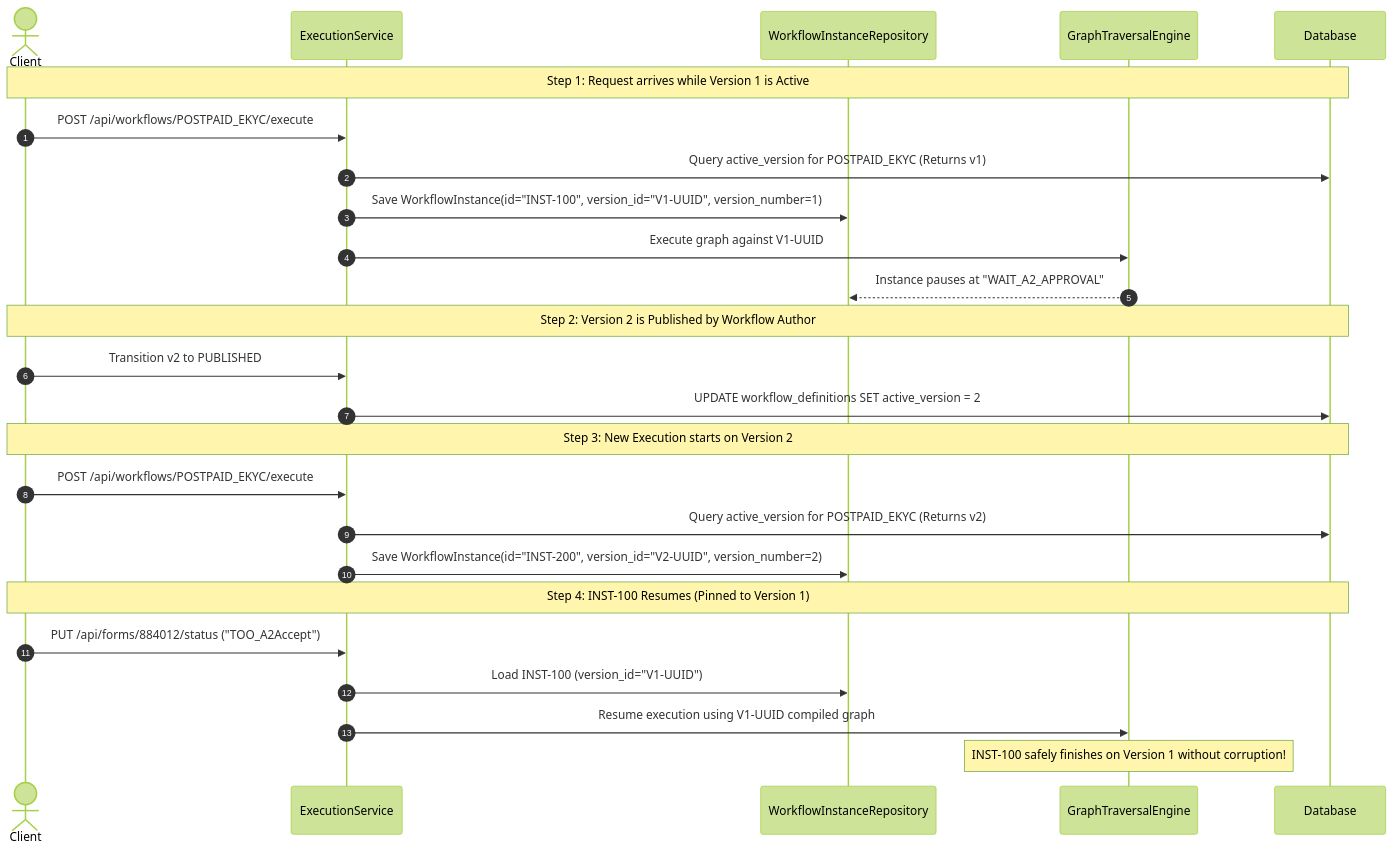
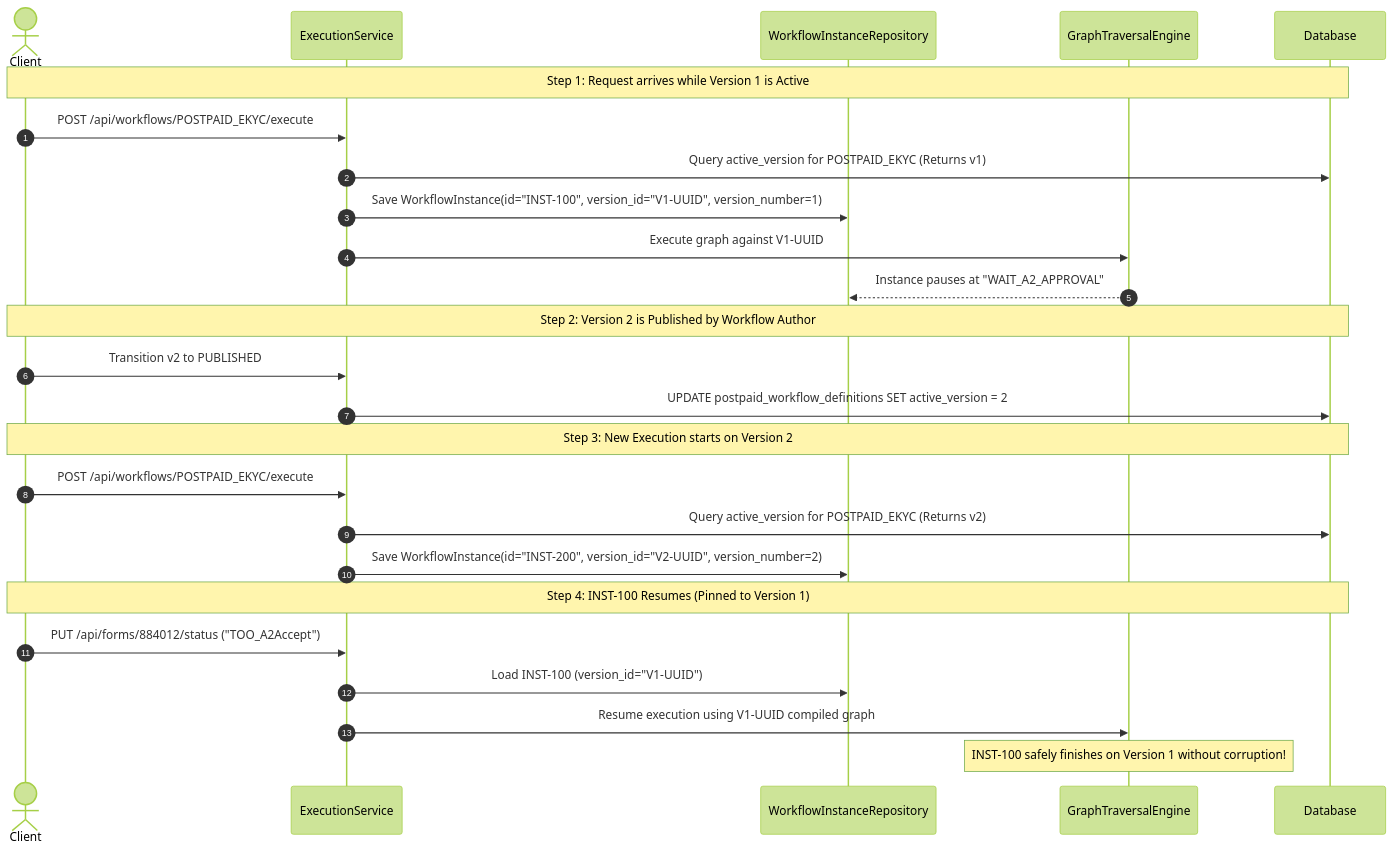
Before and after one commit to Alcatrez97/atlast_code: the fourth of 5 diagrams in workflow-version-management-guide.md, drawn with Mermaid (forest theme). The commit also changed other lines of this file and 21 other files, not shown here.

Commit message:
feat(db): rename workflow tables to postpaid_workflow_ prefix, update DDL and verification scripts

````diff
--- a/workflow-version-management-guide.md
+++ b/workflow-version-management-guide.md
@@ -148,31 +148,31 @@
 ```mermaid
 sequenceDiagram
     autonumber
     actor Client
     participant Engine as ExecutionService
     participant InstanceRepo as WorkflowInstanceRepository
     participant Traversal as GraphTraversalEngine
     participant DB as Database
 
     Note over Client, DB: Step 1: Request arrives while Version 1 is Active
     Client->>Engine: POST /api/workflows/POSTPAID_EKYC/execute
     Engine->>DB: Query active_version for POSTPAID_EKYC (Returns v1)
     Engine->>InstanceRepo: Save WorkflowInstance(id="INST-100", version_id="V1-UUID", version_number=1)
     Engine->>Traversal: Execute graph against V1-UUID
     Traversal-->>InstanceRepo: Instance pauses at "WAIT_A2_APPROVAL"
 
     Note over Client, DB: Step 2: Version 2 is Published by Workflow Author
     Client->>Engine: Transition v2 to PUBLISHED
-    Engine->>DB: UPDATE workflow_definitions SET active_version = 2
+    Engine->>DB: UPDATE postpaid_workflow_definitions SET active_version = 2
 
     Note over Client, DB: Step 3: New Execution starts on Version 2
     Client->>Engine: POST /api/workflows/POSTPAID_EKYC/execute
     Engine->>DB: Query active_version for POSTPAID_EKYC (Returns v2)
     Engine->>InstanceRepo: Save WorkflowInstance(id="INST-200", version_id="V2-UUID", version_number=2)
 
     Note over Client, DB: Step 4: INST-100 Resumes (Pinned to Version 1)
     Client->>Engine: PUT /api/forms/884012/status ("TOO_A2Accept")
     Engine->>InstanceRepo: Load INST-100 (version_id="V1-UUID")
     Engine->>Traversal: Resume execution using V1-UUID compiled graph
     Note over Traversal: INST-100 safely finishes on Version 1 without corruption!
 ```
````
